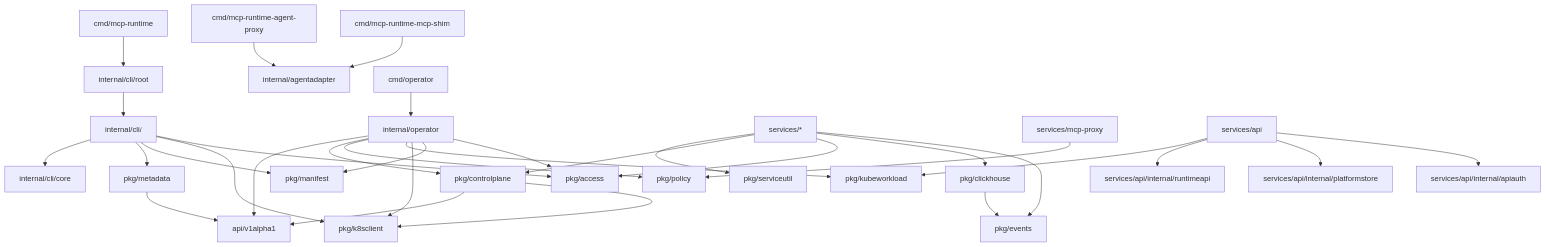
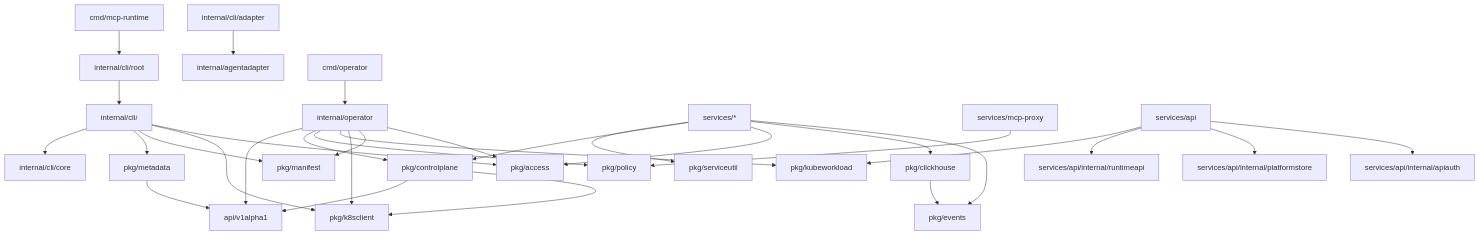
Before and after one commit to Agent-Hellboy/mcp-runtime: the fourth of 4 diagrams in docs/internals/README.md, drawn with Mermaid. The commit also changed other lines of this file and 13 other files, not shown here.

First line of the commit message:
feat(cli): remove standalone adapter binaries, promote to CLI subcommands

````diff
--- a/docs/internals/README.md
+++ b/docs/internals/README.md
@@ -109,34 +109,33 @@
 ```mermaid
 flowchart TB
     Cmd[cmd/mcp-runtime] --> CLIRoot[internal/cli/root]
-    AgentProxy[cmd/mcp-runtime-agent-proxy] --> AgentAdapter[internal/agentadapter]
-    AgentShim[cmd/mcp-runtime-mcp-shim] --> AgentAdapter
+    CLIAdapter[internal/cli/adapter] --> AgentAdapter[internal/agentadapter]
     CLIRoot --> CLICommands[internal/cli/<command>]
     CLICommands --> CLICore[internal/cli/core]
     CLICommands --> Metadata[pkg/metadata]
     CLICommands --> Manifest[pkg/manifest]
     CLICommands --> K8sClient[pkg/k8sclient]
     CLICommands --> Access[pkg/access]
     CmdOp[cmd/operator] --> Operator[internal/operator]
     Operator --> API[api/v1alpha1]
     Operator --> ControlPlane[pkg/controlplane]
     Operator --> Policy[pkg/policy]
     Operator --> Workload[pkg/kubeworkload]
     Operator --> K8sClient
     Operator --> Manifest
     Operator --> Access
     Services[services/*] --> ServiceUtil[pkg/serviceutil]
     Services --> ControlPlane
     Services --> Access
     Services --> ClickHouse[pkg/clickhouse]
     Services --> Events[pkg/events]
     Proxy[services/mcp-proxy] --> Policy
     APIService[services/api] --> Workload
     APIService --> RuntimeAPI[services/api/internal/runtimeapi]
     APIService --> PlatformStore[services/api/internal/platformstore]
     APIService --> APIAuth[services/api/internal/apiauth]
     ClickHouse --> Events
     ControlPlane --> API
     ControlPlane --> K8sClient
     Metadata --> API
 ```
````
